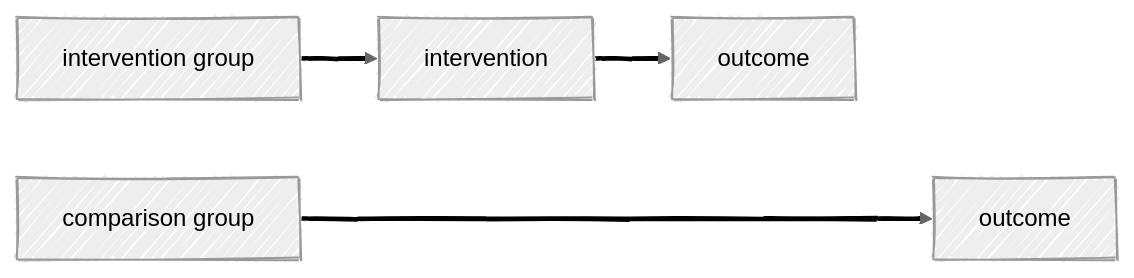
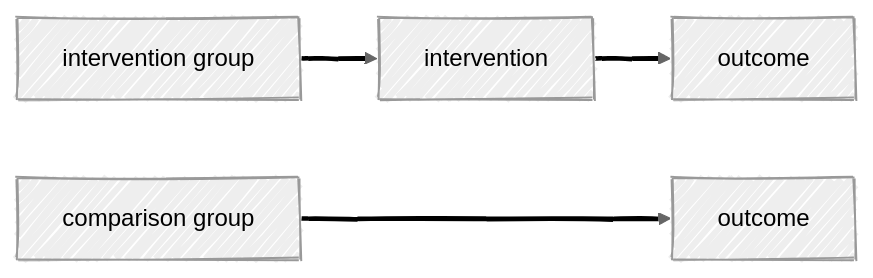
The second of 3 diagrams in multivariate/multivariate.md (agrogan1/closeread), drawn with Mermaid before and after one commit.

Commit message:
Fix formatting of comparison group link in markdown

````diff
--- a/multivariate/multivariate.md
+++ b/multivariate/multivariate.md
@@ -26,18 +26,18 @@
 ```mermaid
 ---
 config:
   look: handDrawn
   theme: neutral
 ---
 
 flowchart LR
 
   interventiongroup["intervention group"] --> intervention
 
   intervention[intervention] --> outcome1[outcome]
 
-  comparisongroup["comparison group"] ----> outcome0[outcome]
+  comparisongroup["comparison group"] ---> outcome0[outcome]
 
   linkStyle 0,1,2 stroke:#000000,stroke-width:3px,font-size:36px,color:black;
 
 ```
````
